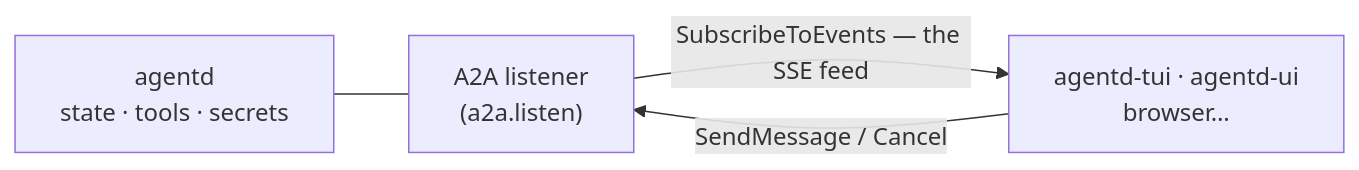
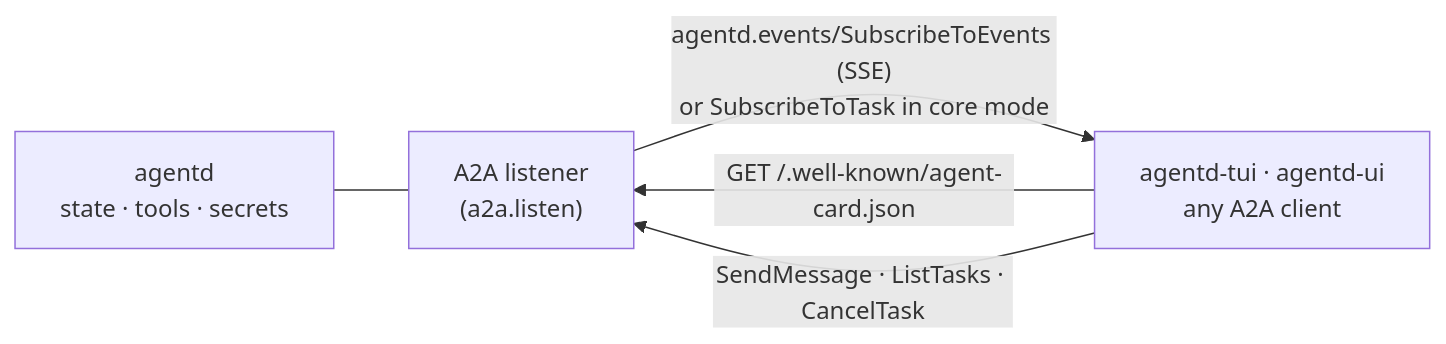
One commit to agentd-dev/source-code changed the diagram in docs/interface.md. Above: the diagram before and after it, drawn with Mermaid. The commit also changed other lines of this file and 4 other files, not shown here.

````diff
--- a/docs/interface.md
+++ b/docs/interface.md
@@ -11,6 +17,7 @@
 ```mermaid
 flowchart LR
     D["agentd\nstate · tools · secrets"] --- L["A2A listener\n(a2a.listen)"]
-    L -- "SubscribeToEvents — the SSE feed" --> C["agentd-tui · agentd-ui\nbrowser…"]
-    C -- "SendMessage / Cancel" --> L
+    C["agentd-tui · agentd-ui\nany A2A client"] -- "GET /.well-known/agent-card.json" --> L
+    C -- "SendMessage · ListTasks · CancelTask" --> L
+    L -- "agentd.events/SubscribeToEvents (SSE)\nor SubscribeToTask in core mode" --> C
 ```
````
